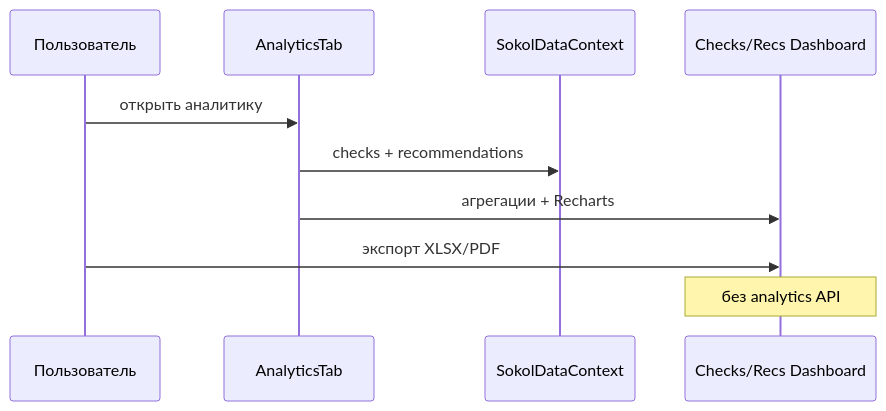
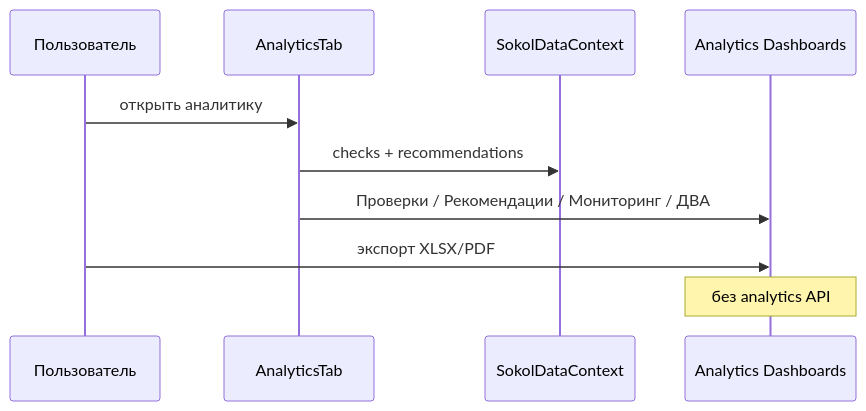
Before and after one commit to sweetd0vee/sokol: the fourth of 6 diagrams in sokol-frontend/docs/USER_STORIES.md, drawn with Mermaid. The commit also changed other lines of this file and 6 other files, not shown here.

````diff
--- a/sokol-frontend/docs/USER_STORIES.md
+++ b/sokol-frontend/docs/USER_STORIES.md
@@ -140,12 +144,12 @@
 ```mermaid
 sequenceDiagram
   participant U as Пользователь
   participant AT as AnalyticsTab
   participant SD as SokolDataContext
-  participant Dash as Checks/Recs Dashboard
+  participant Dash as Analytics Dashboards
   U->>AT: открыть аналитику
   AT->>SD: checks + recommendations
-  AT->>Dash: агрегации + Recharts
+  AT->>Dash: Проверки / Рекомендации / Мониторинг / ДВА
   U->>Dash: экспорт XLSX/PDF
   Note over Dash: без analytics API
 ```
````
